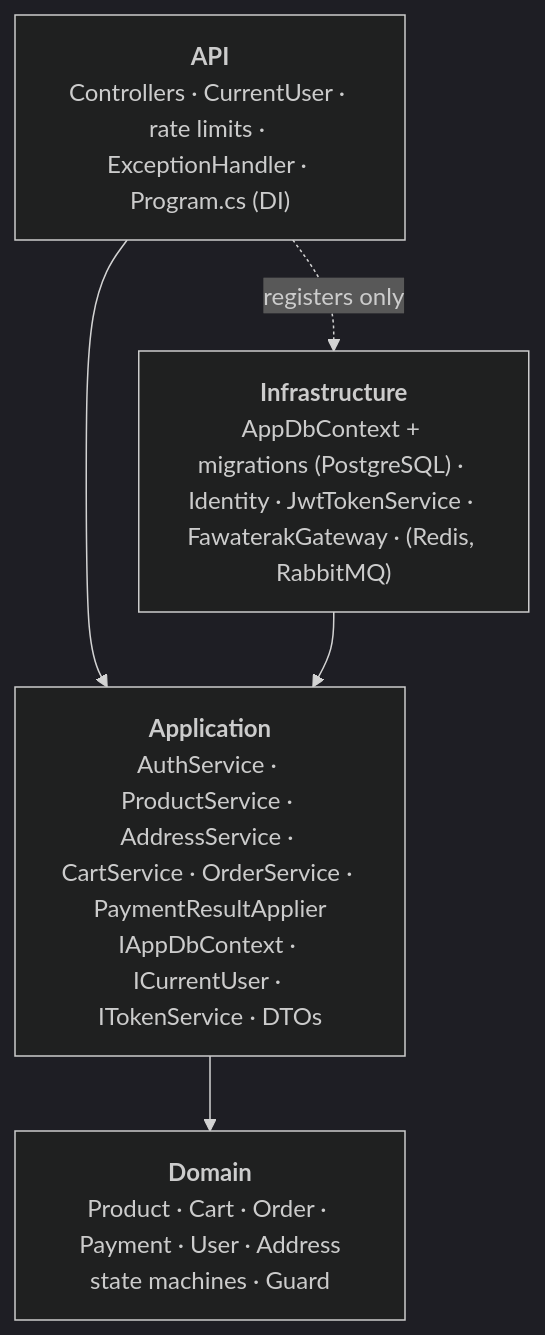
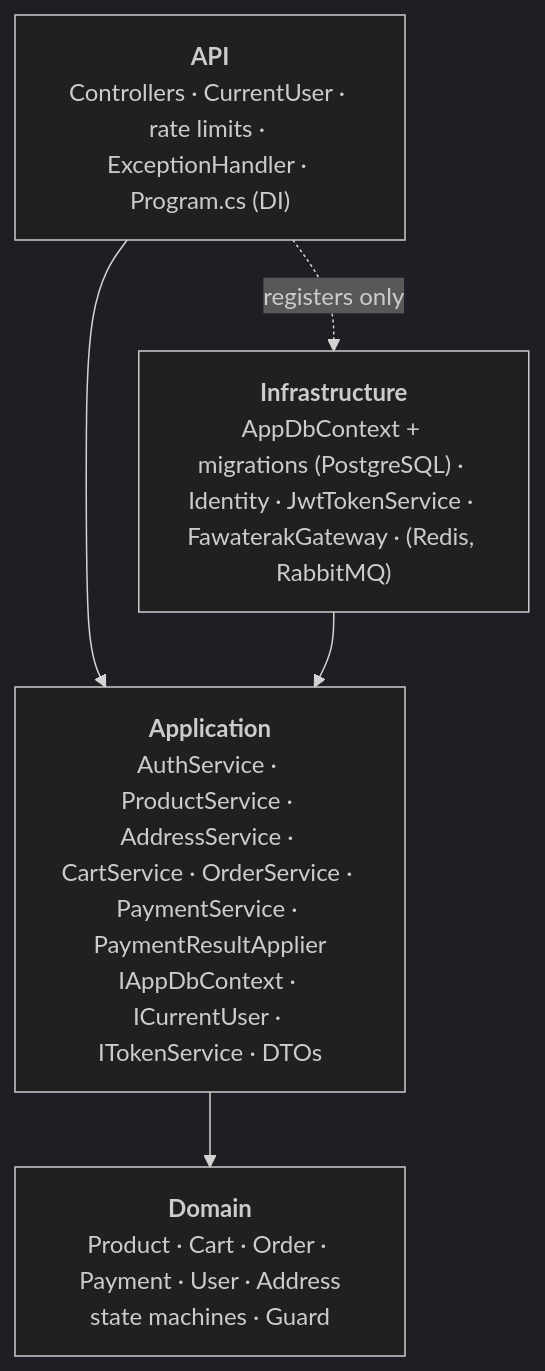
The second of 9 diagrams in docs/diagrams.md (nourokbi/audiophile-store), drawn with Mermaid (dark theme) before and after one commit. The commit also changed other lines of this file and 91 other files, not shown here.

````diff
--- a/docs/diagrams.md
+++ b/docs/diagrams.md
@@ -62,12 +62,12 @@
 ```mermaid
 flowchart TB
     API["<b>API</b><br/>Controllers · CurrentUser · rate limits · ExceptionHandler · Program.cs (DI)"]
     Infra["<b>Infrastructure</b><br/>AppDbContext + migrations (PostgreSQL) · Identity · JwtTokenService · FawaterakGateway · (Redis, RabbitMQ)"]
-    App["<b>Application</b><br/>AuthService · ProductService · AddressService · CartService · OrderService · PaymentResultApplier<br/>IAppDbContext · ICurrentUser · ITokenService · DTOs"]
+    App["<b>Application</b><br/>AuthService · ProductService · AddressService · CartService · OrderService · PaymentService · PaymentResultApplier<br/>IAppDbContext · ICurrentUser · ITokenService · DTOs"]
     Dom["<b>Domain</b><br/>Product · Cart · Order · Payment · User · Address<br/>state machines · Guard"]
 
     API --> App
     API -. "registers only" .-> Infra
     Infra --> App
     App --> Dom
 ```
````
